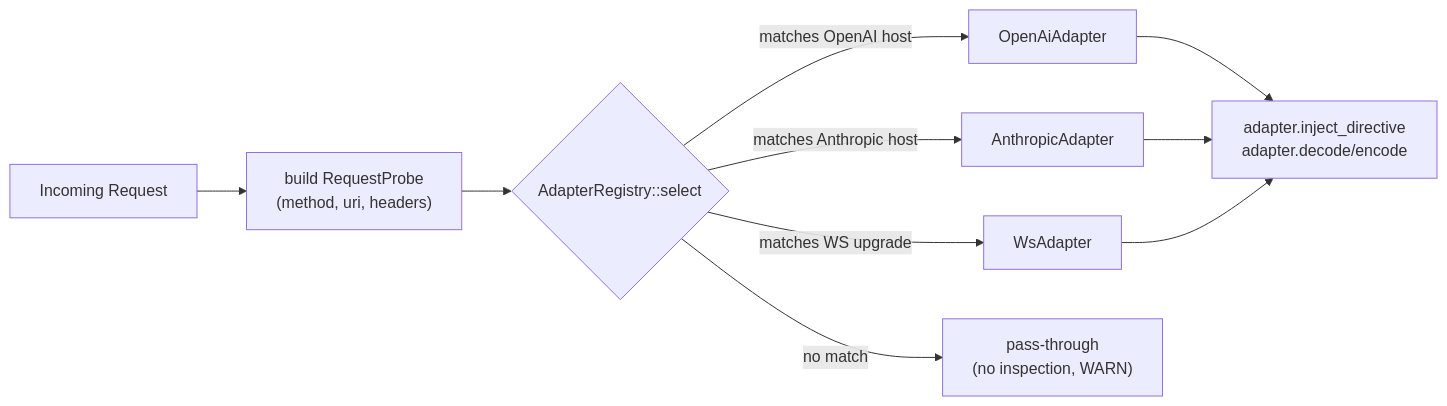
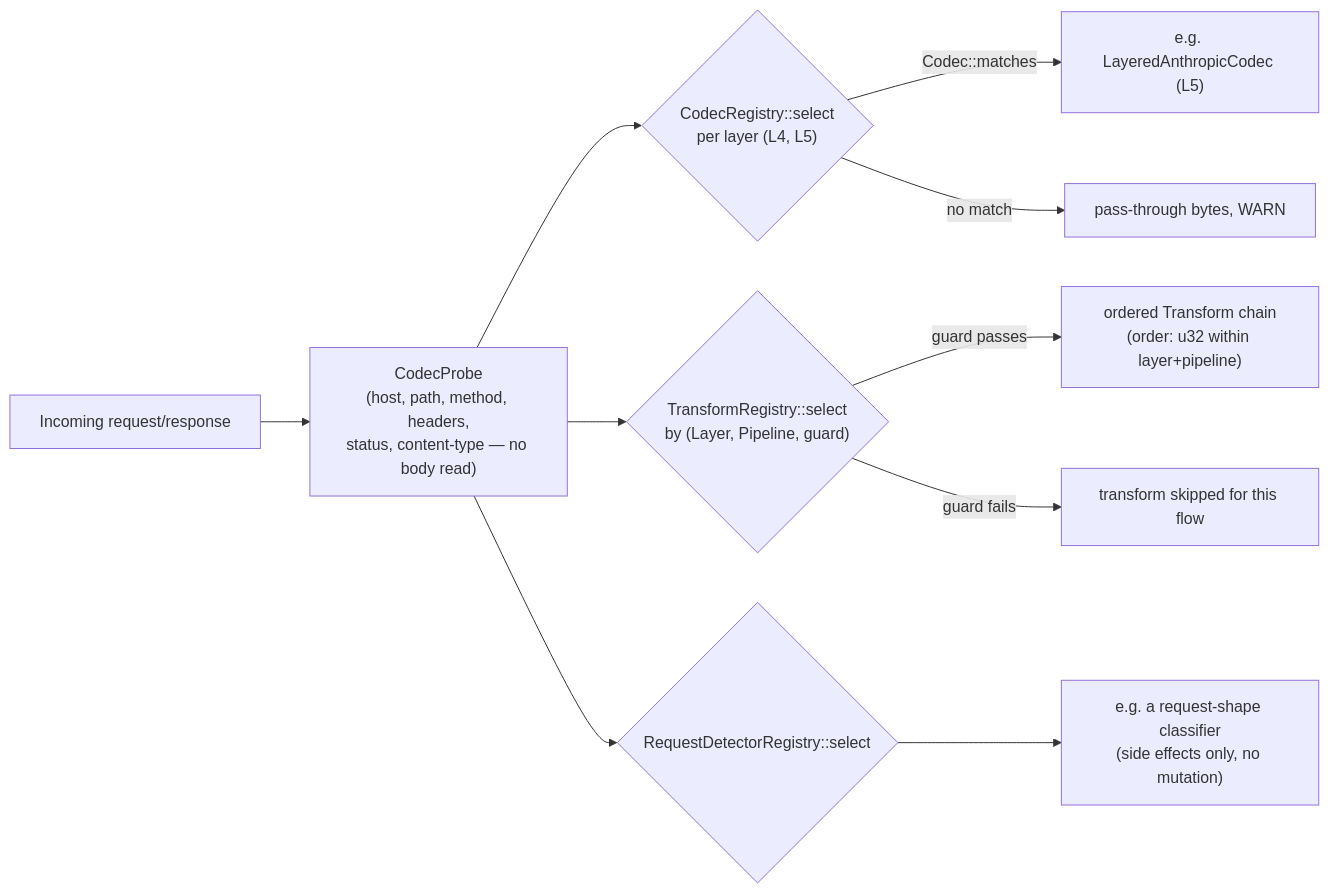
The fourth of 7 diagrams in docs/diagrams/flows.md (josephbarnett/noodle), drawn with Mermaid before and after one commit. The commit also changed other lines of this file and 7 other files, not shown here.

First line of the commit message:
docs: freshness pass on architecture/diagram docs — v1 fictions replaced with as-built (ADR 053) (#22)

````diff
--- a/docs/diagrams/flows.md
+++ b/docs/diagrams/flows.md
@@ -103,13 +166,15 @@
 ```mermaid
 flowchart LR
-    Req["Incoming Request"] --> Probe["build RequestProbe<br/>(method, uri, headers)"]
-    Probe --> Reg{"AdapterRegistry::select"}
-    Reg -->|matches OpenAI host| OAI["OpenAiAdapter"]
-    Reg -->|matches Anthropic host| ANT["AnthropicAdapter"]
-    Reg -->|matches WS upgrade| WS["WsAdapter"]
-    Reg -->|no match| Pass["pass-through<br/>(no inspection, WARN)"]
+    Req["Incoming request/response"] --> Probe["CodecProbe<br/>(host, path, method, headers,<br/>status, content-type — no body read)"]
 
-    OAI --> Run["adapter.inject_directive<br/>adapter.decode/encode"]
-    ANT --> Run
-    WS --> Run
+    Probe --> CReg{"CodecRegistry::select<br/>per layer (L4, L5)"}
+    CReg -->|Codec::matches| C1["e.g. LayeredAnthropicCodec (L5)"]
+    CReg -->|no match| CNone["pass-through bytes, WARN"]
+
+    Probe --> TReg{"TransformRegistry::select<br/>by (Layer, Pipeline, guard)"}
+    TReg -->|guard passes| T1["ordered Transform chain<br/>(order: u32 within layer+pipeline)"]
+    TReg -->|guard fails| TSkip["transform skipped for this flow"]
+
+    Probe --> DReg{"RequestDetectorRegistry::select"}
+    DReg --> D1["e.g. a request-shape classifier<br/>(side effects only, no mutation)"]
 ```
````
